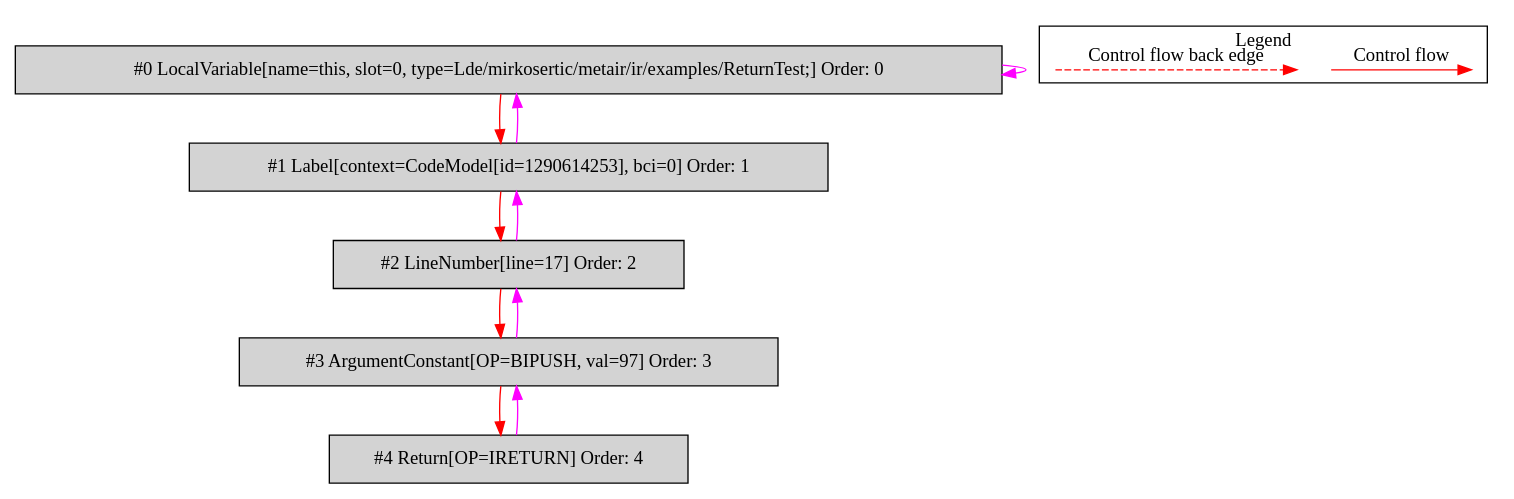
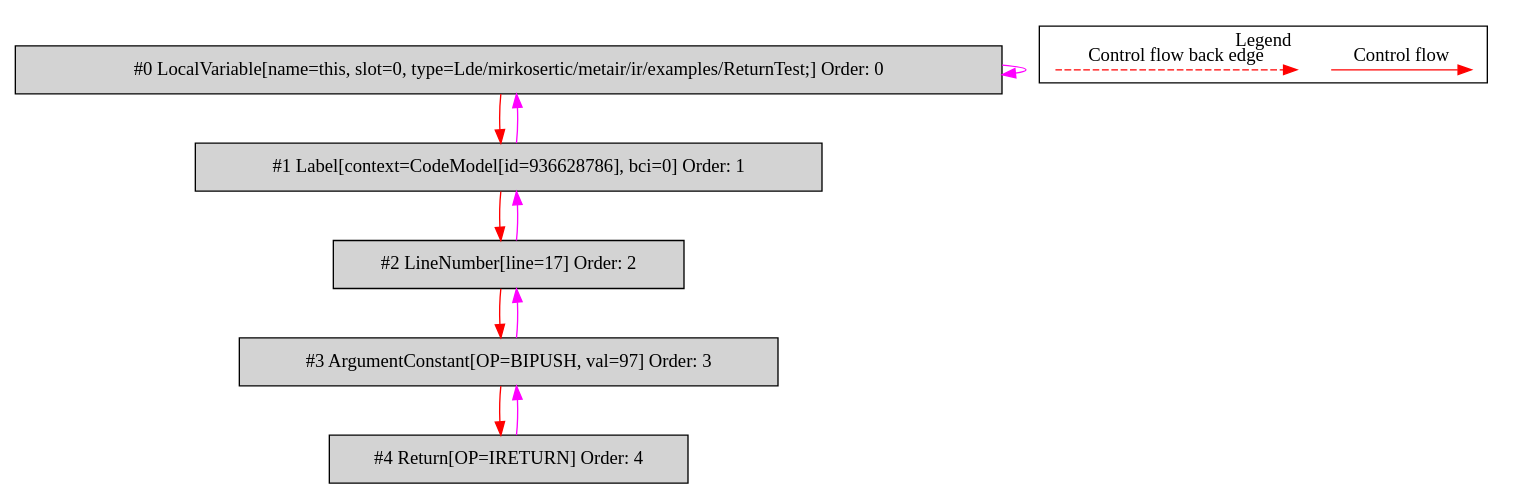
One commit to mirkosertic/MetaIR changed the diagram in de.mirkosertic.metair.ir.examples.ReturnTest/returnChar/bytecodecfg.dot. Above: the diagram before and after it, drawn with Graphviz. The commit also changed 488 other files, not shown here.

```diff
--- a/de.mirkosertic.metair.ir.examples.ReturnTest/returnChar/bytecodecfg.dot
+++ b/de.mirkosertic.metair.ir.examples.ReturnTest/returnChar/bytecodecfg.dot
@@ -1,31 +1,31 @@
 digraph {
  ordering="in";
  node0[label="#0 LocalVariable[name=this, slot=0, type=Lde/mirkosertic/metair/ir/examples/ReturnTest;] Order: 0", shape=box, fillcolor=lightgrey, style=filled];
- node1[label="#1 Label[context=CodeModel[id=1290614253], bci=0] Order: 1", shape=box, fillcolor=lightgrey, style=filled];
+ node1[label="#1 Label[context=CodeModel[id=936628786], bci=0] Order: 1", shape=box, fillcolor=lightgrey, style=filled];
  node2[label="#2 LineNumber[line=17] Order: 2", shape=box, fillcolor=lightgrey, style=filled];
  node3[label="#3 ArgumentConstant[OP=BIPUSH, val=97] Order: 3", shape=box, fillcolor=lightgrey, style=filled];
  node4[label="#4 Return[OP=IRETURN] Order: 4", shape=box, fillcolor=lightgrey, style=filled];
  node0 -> node0[color=fuchsia];
  node0 -> node1[color=red];
  node1 -> node0[color=fuchsia];
  node1 -> node2[color=red];
  node2 -> node1[color=fuchsia];
  node2 -> node3[color=red];
  node3 -> node2[color=fuchsia];
  node3 -> node4[color=red];
  node4 -> node3[color=fuchsia];
  subgraph cluster_000 {
   label = "Legend";
   node [shape=point]
   {
    rank=same;
    c0 [style = invis];
    c1 [style = invis];
    c2 [style = invis];
    c3 [style = invis];
   }
   c0 -> c1 [label="Control flow", style=solid, color=red]
   c2 -> c3 [label="Control flow back edge", style=dashed, color=red]
  }
 
 }
```
